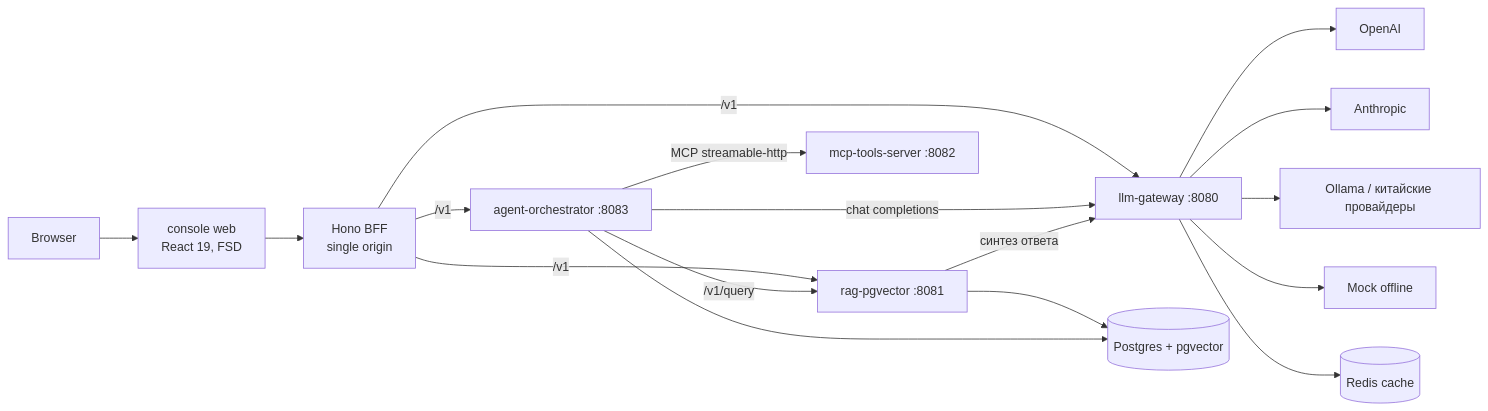
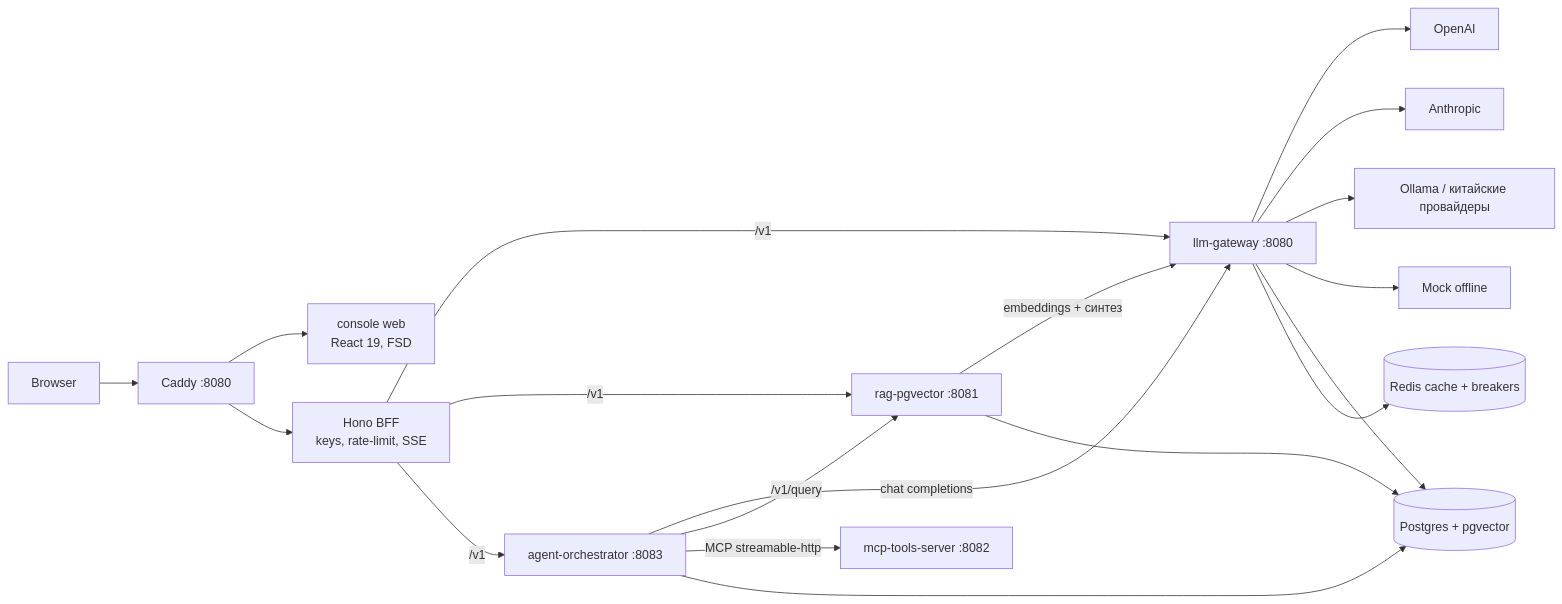
The diagram in docs/PLATFORM_OVERVIEW.md (INTERpol21/llm-platform-console), drawn with Mermaid before and after one commit. The commit also changed other lines of this file and 3 other files, not shown here.

````diff
--- a/docs/PLATFORM_OVERVIEW.md
+++ b/docs/PLATFORM_OVERVIEW.md
@@ -24,19 +37,21 @@
 ```mermaid
 graph LR
-    U[Browser] --> W[console web<br/>React 19, FSD]
-    W --> BFF[Hono BFF<br/>single origin]
+    U[Browser] --> Caddy[Caddy :8080]
+    Caddy --> W[console web<br/>React 19, FSD]
+    Caddy --> BFF[Hono BFF<br/>keys, rate-limit, SSE]
     BFF -->|/v1| GW[llm-gateway :8080]
     BFF -->|/v1| RAG[rag-pgvector :8081]
     BFF -->|/v1| AO[agent-orchestrator :8083]
     AO -->|chat completions| GW
     AO -->|/v1/query| RAG
     AO -->|MCP streamable-http| MCP[mcp-tools-server :8082]
-    RAG -->|синтез ответа| GW
+    RAG -->|embeddings + синтез| GW
     GW --> P1[OpenAI]
     GW --> P2[Anthropic]
     GW --> P3[Ollama / китайские провайдеры]
     GW --> P4[Mock offline]
     RAG --> DB[(Postgres + pgvector)]
     AO --> DB
-    GW --> R[(Redis cache)]
+    GW --> DB
+    GW --> R[(Redis cache + breakers)]
 ```
````
